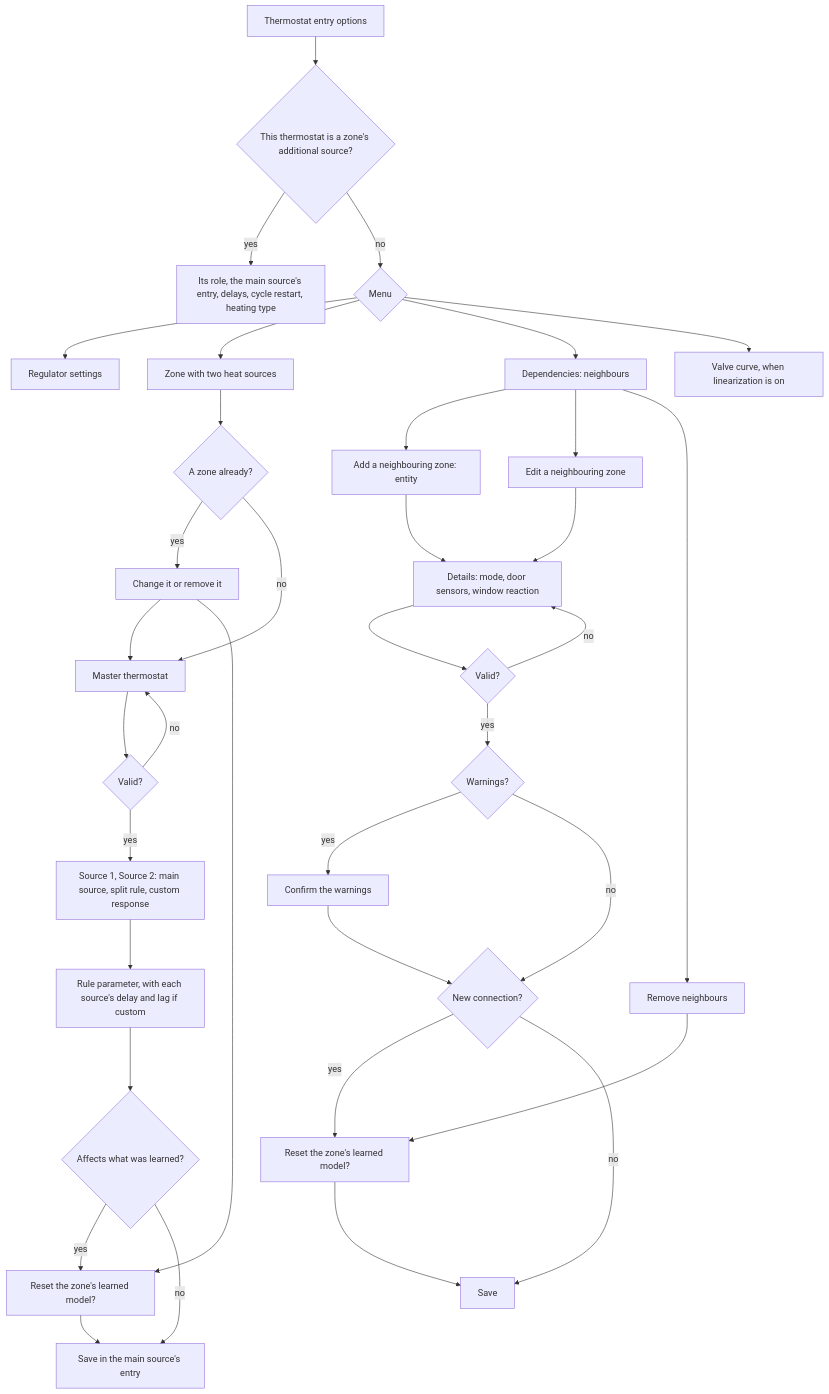
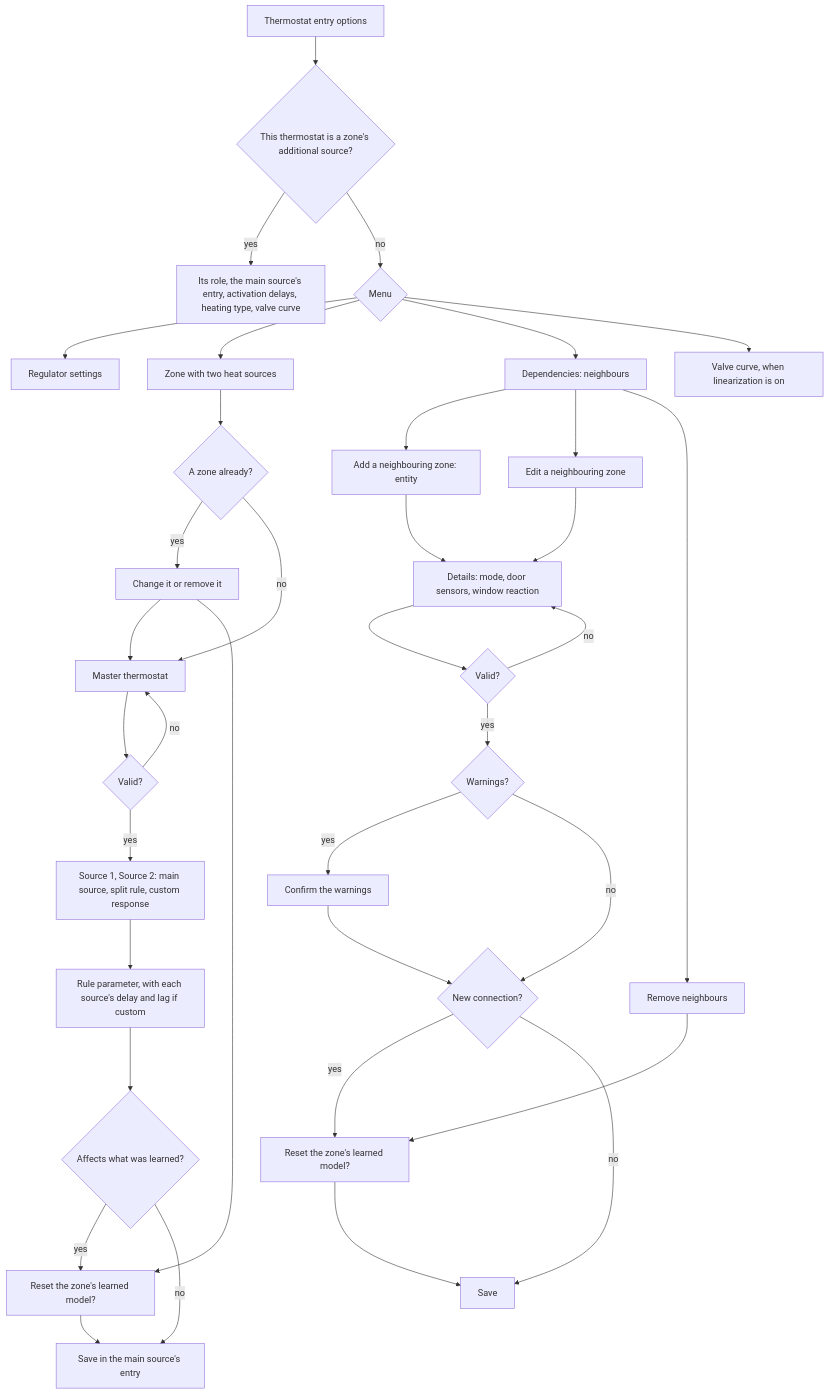
Diagram 11 of 11 in documentation/en/zone_dependencies.md (Shadow-230/vtherm_smartpi), drawn with Mermaid before and after one commit. The commit also changed other lines of this file and 8 other files, not shown here.

````diff
--- a/documentation/en/zone_dependencies.md
+++ b/documentation/en/zone_dependencies.md
@@ -918,38 +966,38 @@
 ```mermaid
 flowchart TD
     O[Thermostat entry options] --> R{This thermostat is a zone's additional source?}
-    R -- yes --> SR[Its role, the main source's entry, delays, cycle restart, heating type]
+    R -- yes --> SR[Its role, the main source's entry, activation delays, heating type, valve curve]
     R -- no --> M{Menu}
     M --> ST[Regulator settings]
     M --> ZN[Zone with two heat sources]
     M --> DL[Dependencies: neighbours]
     M --> VC[Valve curve, when linearization is on]
     ZN --> ZE{A zone already?}
     ZE -- yes --> ZM[Change it or remove it]
     ZE -- no --> MA[Master thermostat]
     ZM --> MA
     ZM --> RS
     MA --> MV{Valid?}
     MV -- no --> MA
     MV -- yes --> SO[Source 1, Source 2: main source, split rule, custom response]
     SO --> PA[Rule parameter, with each source's delay and lag if custom]
     PA --> AF{Affects what was learned?}
     AF -- yes --> RS[Reset the zone's learned model?]
     AF -- no --> SV[Save in the main source's entry]
     RS --> SV
     DL --> NA[Add a neighbouring zone: entity]
     DL --> NE[Edit a neighbouring zone]
     DL --> NR[Remove neighbours]
     NA --> ND[Details: mode, door sensors, window reaction]
     NE --> ND
     ND --> V{Valid?}
     V -- no --> ND
     V -- yes --> W{Warnings?}
     W -- yes --> NC[Confirm the warnings]
     W -- no --> NF{New connection?}
     NC --> NF
     NF -- yes --> NRS[Reset the zone's learned model?]
     NF -- no --> NSV[Save]
     NRS --> NSV
     NR --> NRS
 ```
````
